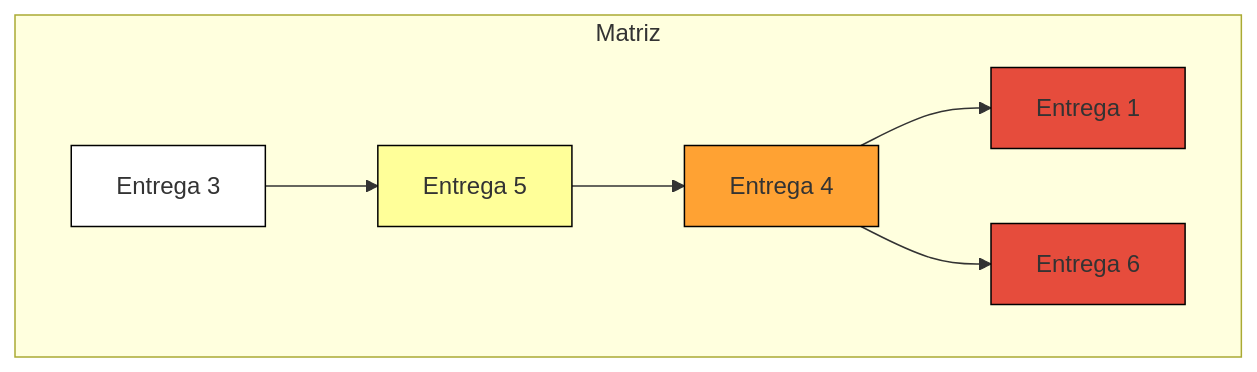
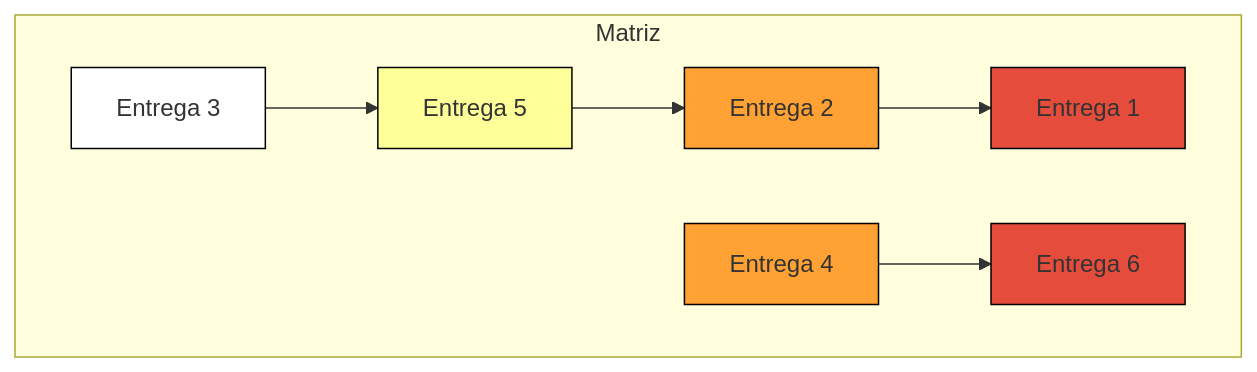
The diagram in README.md (erlonviana/Gantt-Crystal), drawn with Mermaid before and after one commit.

````diff
--- a/README.md
+++ b/README.md
@@ -5,15 +5,15 @@
 ```mermaid
 graph TD
   subgraph Matriz
     D8["Entrega 3"]:::branco --> C20["Entrega 5"]:::amarelo --> D80["Entrega 2"]:::laranja --> D100a["Entrega 1"]:::vermelho
-    D80["Entrega 4"]:::laranja --> D100b["Entrega 6"]:::vermelho
+    D10["Entrega 4"]:::laranja --> D100b["Entrega 6"]:::vermelho
 
   end
 
 classDef branco fill:#fff, stroke:#000, stroke-width:1px;
 classDef amarelo fill:#FFFF99, stroke:#000, stroke-width:1px;
 classDef laranja fill:#FFA233, stroke:#000, stroke-width:1px;
 classDef vermelho fill:#E64C3C, stroke:#000, stroke-width:1px;
 
 
 ```
````
